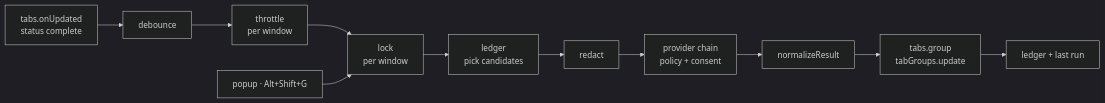
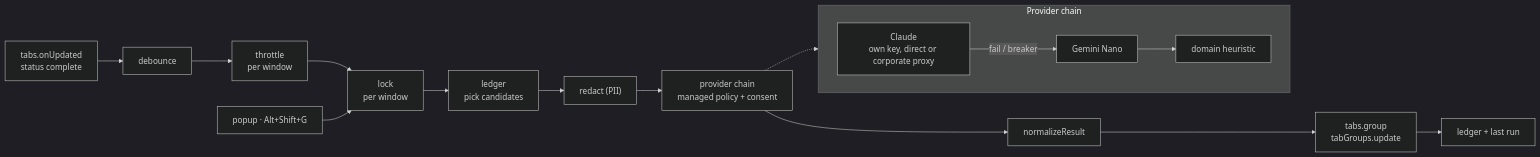
Before and after one commit to andreshma/ai-tab-grouper: the first of 2 diagrams in README.md, drawn with Mermaid (dark theme). The commit also changed other lines of this file and 25 other files, not shown here.

````diff
--- a/README.md
+++ b/README.md
@@ -129,13 +76,20 @@
 ```mermaid
 flowchart LR
     ev["tabs.onUpdated<br/>status complete"] --> deb["debounce"]
     deb --> thr["throttle<br/>per window"]
     thr --> lock["lock<br/>per window"]
     man["popup · Alt+Shift+G"] --> lock
     lock --> led["ledger<br/>pick candidates"]
-    led --> red["redact"]
-    red --> chain["provider chain<br/>policy + consent"]
+    led --> red["redact (PII)"]
+    red --> chain["provider chain<br/>managed policy + consent"]
     chain --> norm["normalizeResult"]
     norm --> apply["tabs.group<br/>tabGroups.update"]
     apply --> rec["ledger + last run"]
+
+    subgraph order["Provider chain"]
+        direction LR
+        c["Claude<br/>own key, direct or corporate proxy"] -- "fail / breaker" --> n["Gemini Nano"]
+        n --> h["domain heuristic"]
+    end
+    chain -.-> order
 ```
````
